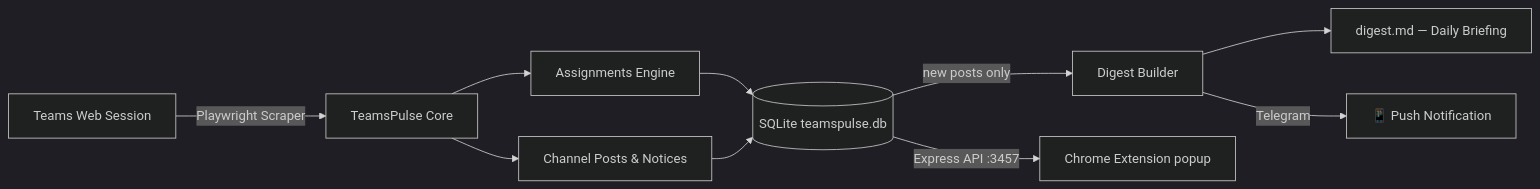
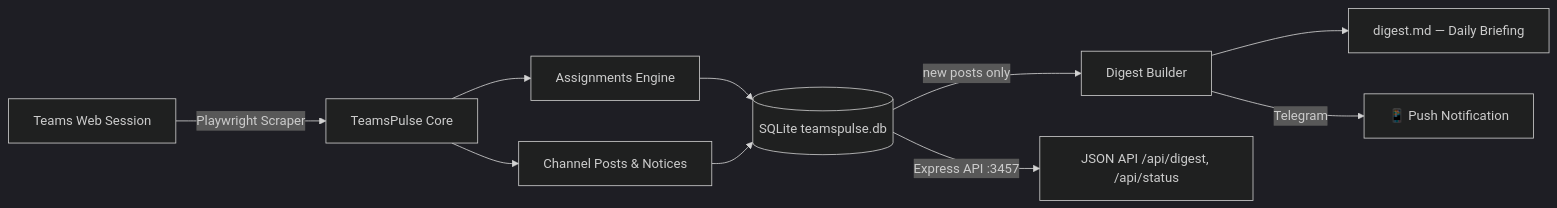
The second of 2 diagrams in README.md (Sa-Alfy/teampulse), drawn with Mermaid (dark theme) before and after one commit. The commit also changed other lines of this file and 1 other file, not shown here.

First line of the commit message:
docs: README and PROJECT_CONTEXT for the standalone extension (v0.6.0)

````diff
--- a/README.md
+++ b/README.md
@@ -27,12 +56,12 @@
 ```mermaid
 flowchart LR
     A[Teams Web Session] -->|Playwright Scraper| B[TeamsPulse Core]
     B --> C[Assignments Engine]
     B --> D[Channel Posts & Notices]
     C --> E[(SQLite teamspulse.db)]
     D --> E
     E -->|new posts only| F[Digest Builder]
     F --> G[digest.md — Daily Briefing]
     F -->|Telegram| H[📱 Push Notification]
-    E -->|Express API :3457| I[Chrome Extension popup]
+    E -->|Express API :3457| I[JSON API /api/digest, /api/status]
 ```
````
